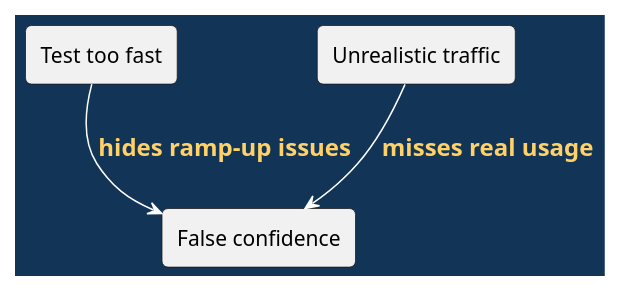
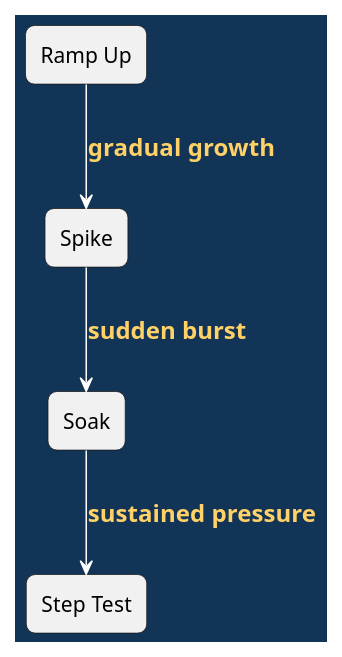
The fourth of 7 diagrams in doc/lectures/week12/README.slides.adoc (madajaju/CS5254), drawn with PlantUML before and after one commit. The commit also changed other lines of this file and 47 other files, not shown here.

```diff
--- a/doc/lectures/week12/README.slides.adoc
+++ b/doc/lectures/week12/README.slides.adoc
@@ -112,28 +110,26 @@
-[plantuml, load-test-failure, svg, width=100%]
+[plantuml,width=100%]
 ----
 @startuml
-!pragma useBetaStyle true
 skinparam backgroundColor #123456
 skinparam defaultFontColor black
 skinparam ArrowColor white
 skinparam ArrowFontColor #ffd166
 skinparam ArrowFontStyle bold
 skinparam ArrowFontSize 16
 skinparam shadowing false
-skinparam roundcorner 8
-skinparam classBackgroundColor white
-skinparam classBorderColor #123456
-skinparam classFontColor black
-skinparam componentBackgroundColor white
-skinparam componentBorderColor #123456
-skinparam componentFontColor black
-skinparam noteBackgroundColor white
-skinparam noteBorderColor #123456
-skinparam noteFontColor black
-rectangle "Test too fast" as T
-rectangle "Unrealistic traffic" as U
-rectangle "False confidence" as F
-T --> F : hides ramp-up issues
-U --> F : misses real usage
+skinparam defaultTextAlignment center
+skinparam roundCorner 12
+skinparam class {
+  BackgroundColor white
+  BorderColor #123456
+  FontColor black
+}
+rectangle "Ramp Up" as RU
+rectangle "Spike" as SP
+rectangle "Soak" as SO
+rectangle "Step Test" as ST
+RU --> SP : gradual growth
+SP --> SO : sudden burst
+SO --> ST : sustained pressure
 @enduml
 ----
```
